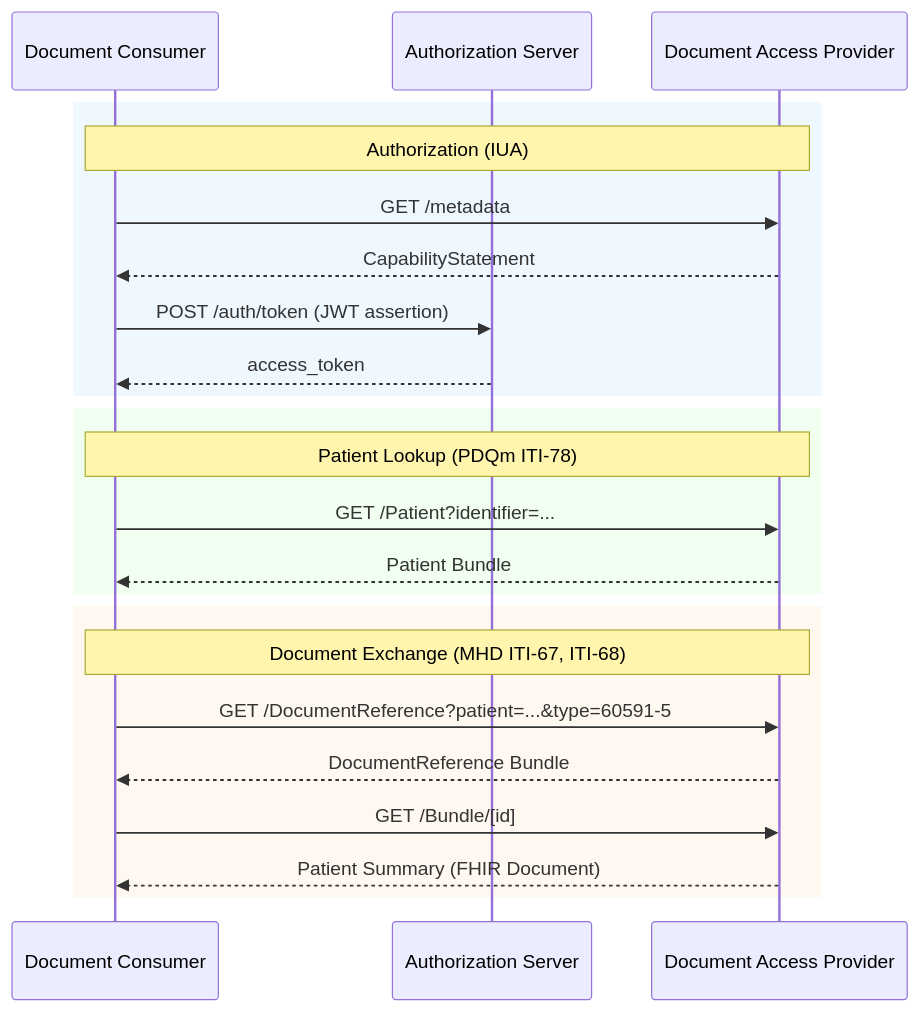
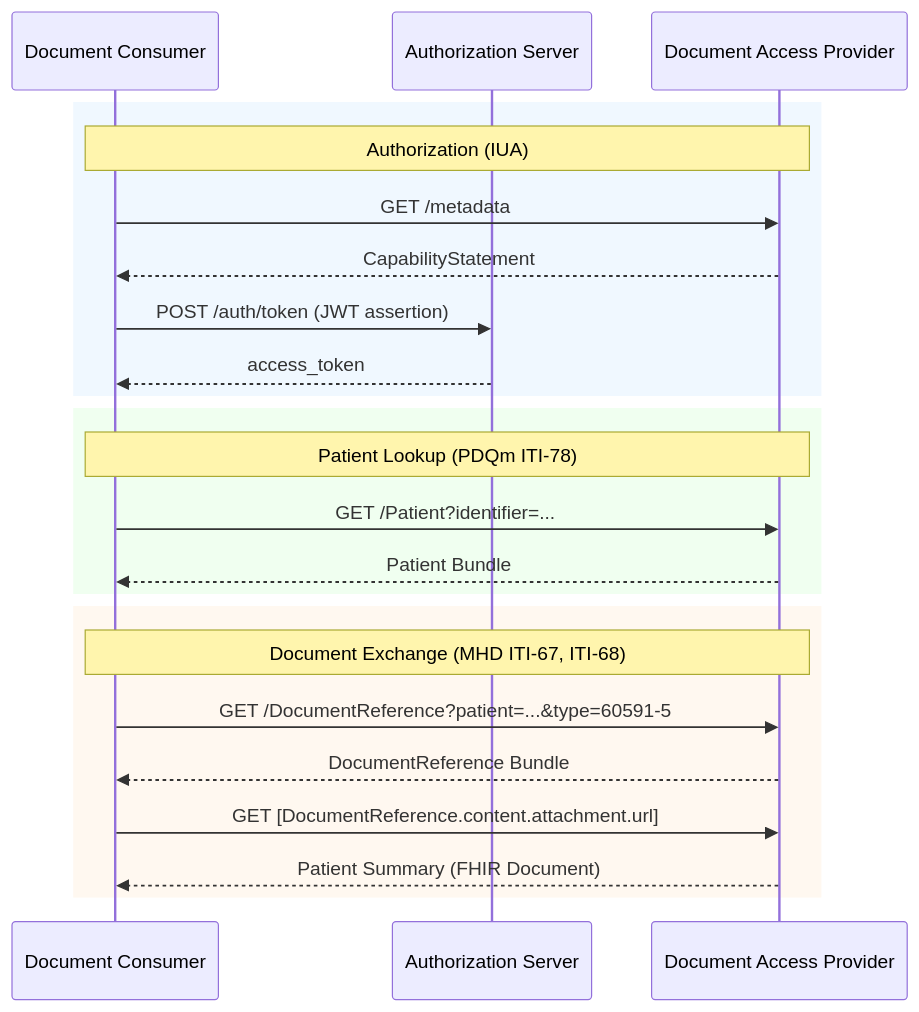
The diagram in input/pagecontent/example-patient-summary.md (euridice-org/eu-health-data-api), drawn with Mermaid before and after one commit.

Commit message:
FHIR-56448: sequence diagram retrieves via DocumentReference.content.attachment.url, not GET /Bundle/[id]

````diff
--- a/input/pagecontent/example-patient-summary.md
+++ b/input/pagecontent/example-patient-summary.md
@@ -20,28 +20,28 @@
 ```mermaid
 sequenceDiagram
     participant Consumer as Document Consumer
     participant AuthZ as Authorization Server
     participant Provider as Document Access Provider
 
     rect rgb(240, 248, 255)
     Note over Consumer,Provider: Authorization (IUA)
     Consumer->>Provider: GET /metadata
     Provider-->>Consumer: CapabilityStatement
     Consumer->>AuthZ: POST /auth/token (JWT assertion)
     AuthZ-->>Consumer: access_token
     end
 
     rect rgb(240, 255, 240)
     Note over Consumer,Provider: Patient Lookup (PDQm ITI-78)
     Consumer->>Provider: GET /Patient?identifier=...
     Provider-->>Consumer: Patient Bundle
     end
 
     rect rgb(255, 248, 240)
     Note over Consumer,Provider: Document Exchange (MHD ITI-67, ITI-68)
     Consumer->>Provider: GET /DocumentReference?patient=...&type=60591-5
     Provider-->>Consumer: DocumentReference Bundle
-    Consumer->>Provider: GET /Bundle/[id]
+    Consumer->>Provider: GET [DocumentReference.content.attachment.url]
     Provider-->>Consumer: Patient Summary (FHIR Document)
     end
 ```
````
